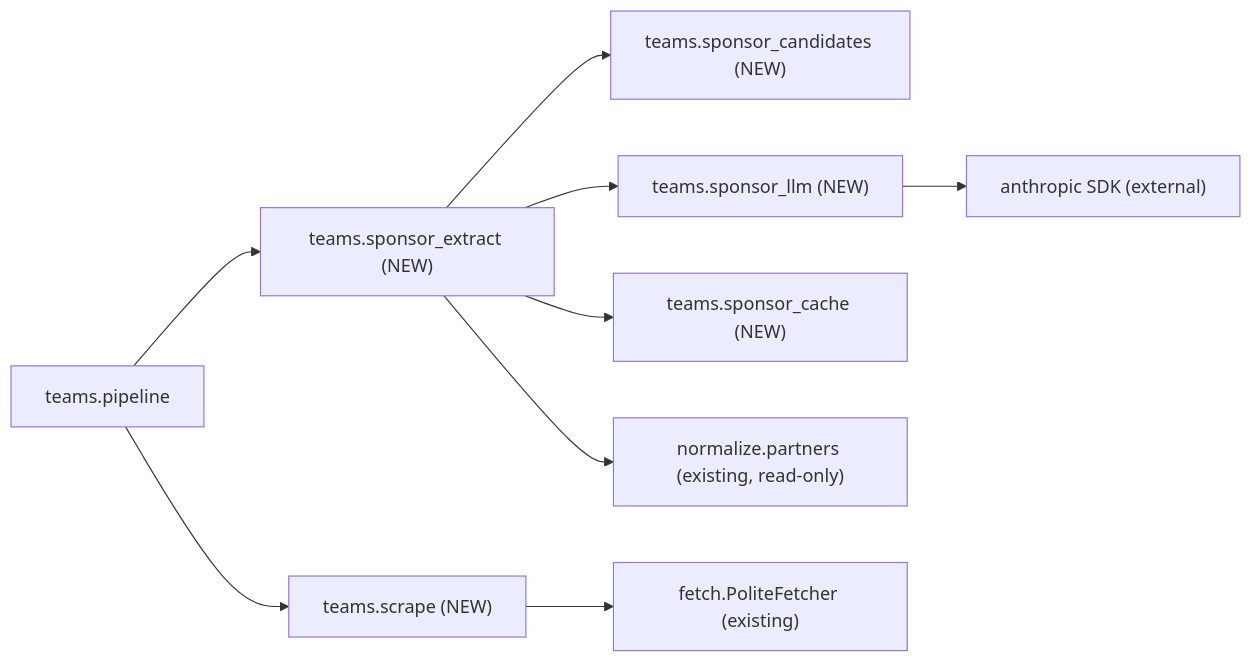
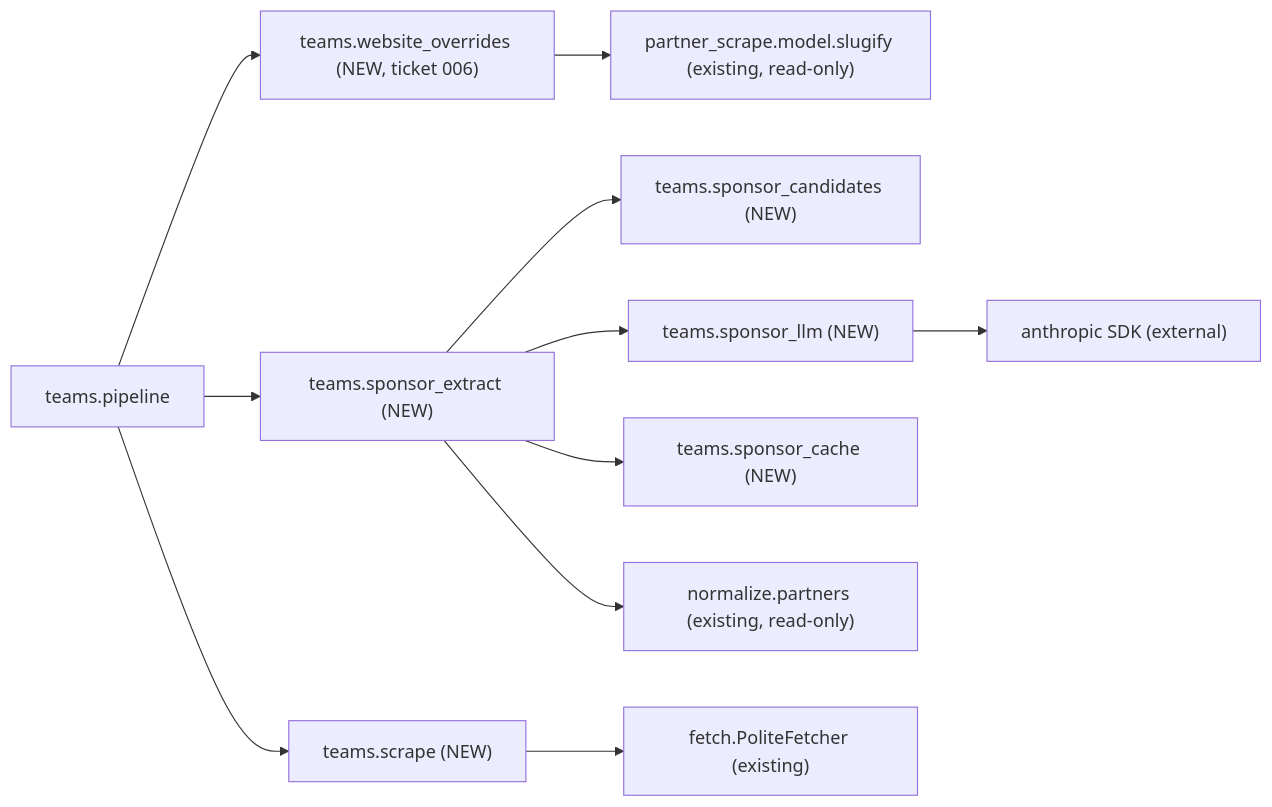
Before and after one commit to league-infrastructure/partner-scrape: the second of 2 diagrams in clasi/sprints/013-team-website-surfacing-and-sponsor-extraction/sprint.md, drawn with Mermaid. The commit also changed other lines of this file and 4 other files, not shown here.

Commit message:
013: add ticket 006 for discovered-website ingestion

````diff
--- a/clasi/sprints/013-team-website-surfacing-and-sponsor-extraction/sprint.md
+++ b/clasi/sprints/013-team-website-surfacing-and-sponsor-extraction/sprint.md
@@ -353,11 +392,13 @@
 ```mermaid
 graph LR
-    pipeline["teams.pipeline"] --> scrape["teams.scrape (NEW)"]
+    pipeline["teams.pipeline"] --> website_overrides["teams.website_overrides (NEW, ticket 006)"]
+    pipeline --> scrape["teams.scrape (NEW)"]
     pipeline --> sponsor_extract["teams.sponsor_extract (NEW)"]
+    website_overrides --> model_slugify["partner_scrape.model.slugify (existing, read-only)"]
     sponsor_extract --> sponsor_candidates["teams.sponsor_candidates (NEW)"]
     sponsor_extract --> sponsor_llm["teams.sponsor_llm (NEW)"]
     sponsor_extract --> sponsor_cache["teams.sponsor_cache (NEW)"]
     sponsor_extract --> normalize_partners["normalize.partners (existing, read-only)"]
     scrape --> fetch["fetch.PoliteFetcher (existing)"]
     sponsor_llm --> anthropic["anthropic SDK (external)"]
 ```
````
